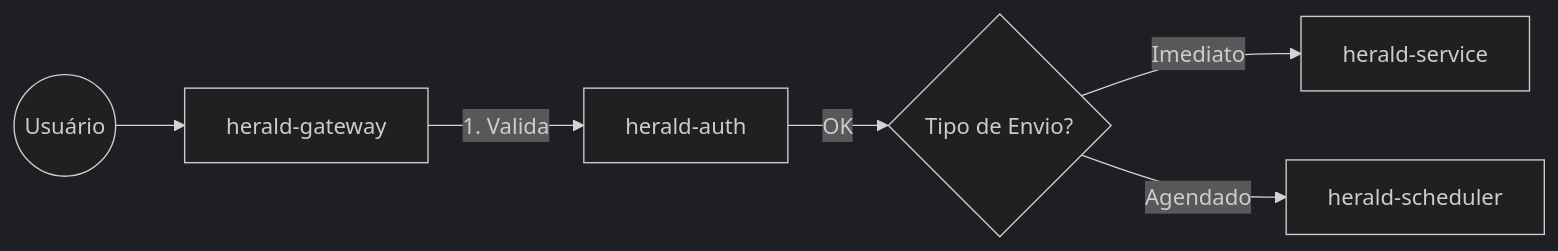
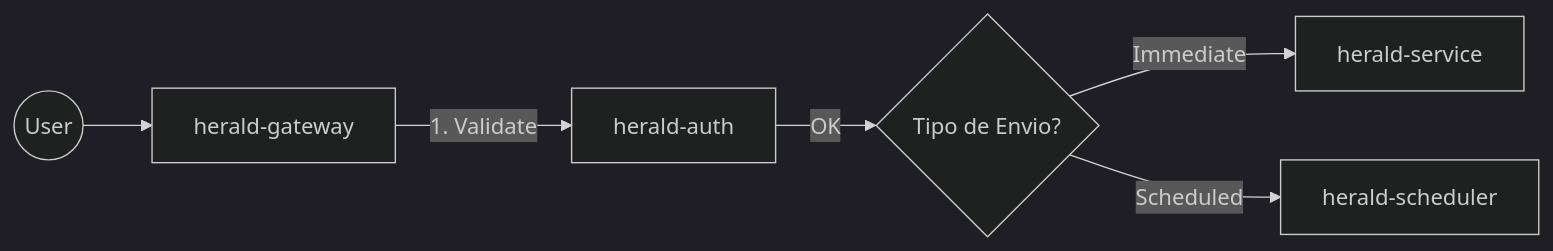
Before and after one commit to YuriOlivs/notification-system: the first of 3 diagrams in README.md, drawn with Mermaid (dark theme). The commit also changed other lines of this file, not shown here.

Commit message:
Update flow diagrams and section headers in README

````diff
--- a/README.md
+++ b/README.md
@@ -25,8 +25,8 @@
 ```mermaid
 graph LR
-    User((Usuário)) --> GW[herald-gateway]
-    GW -->|1. Valida| Auth[herald-auth]
+    User((User)) --> GW[herald-gateway]
+    GW -->|1. Validate| Auth[herald-auth]
     Auth -->|OK| Decision{Tipo de Envio?}
-    Decision -->|Imediato| Service[herald-service]
-    Decision -->|Agendado| Sched[herald-scheduler]
+    Decision -->|Immediate| Service[herald-service]
+    Decision -->|Scheduled| Sched[herald-scheduler]
 ```
````
